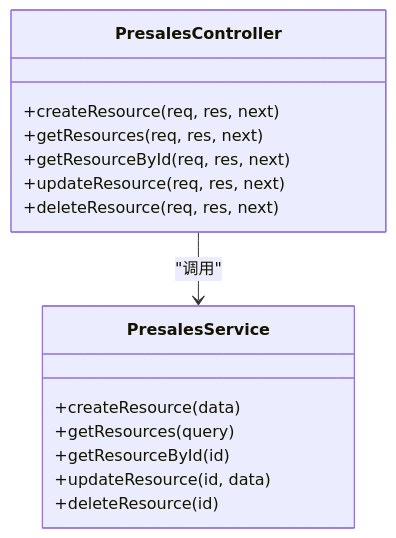
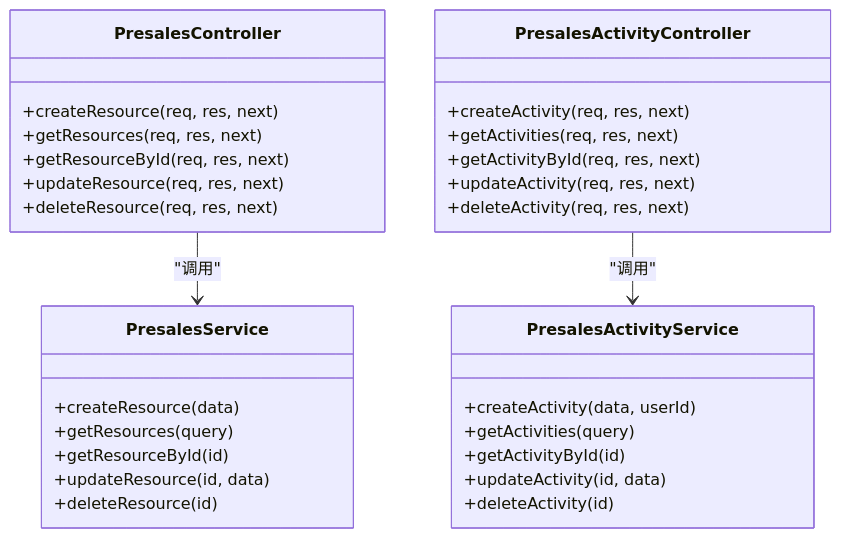
The second of 11 diagrams in .qoder/repowiki/zh/content/Presales Controller.md (xianjianshenqu/SalesFlow-CRM), drawn with Mermaid before and after one commit. The commit also changed other lines of this file and 5 other files, not shown here.

````diff
--- a/.qoder/repowiki/zh/content/Presales Controller.md
+++ b/.qoder/repowiki/zh/content/Presales Controller.md
@@ -90,18 +119,33 @@
 ```mermaid
 classDiagram
 class PresalesController {
 +createResource(req, res, next)
 +getResources(req, res, next)
 +getResourceById(req, res, next)
 +updateResource(req, res, next)
 +deleteResource(req, res, next)
 }
+class PresalesActivityController {
++createActivity(req, res, next)
++getActivities(req, res, next)
++getActivityById(req, res, next)
++updateActivity(req, res, next)
++deleteActivity(req, res, next)
+}
 class PresalesService {
 +createResource(data)
 +getResources(query)
 +getResourceById(id)
 +updateResource(id, data)
 +deleteResource(id)
 }
+class PresalesActivityService {
++createActivity(data, userId)
++getActivities(query)
++getActivityById(id)
++updateActivity(id, data)
++deleteActivity(id)
+}
 PresalesController --> PresalesService : "调用"
+PresalesActivityController --> PresalesActivityService : "调用"
 ```
````
